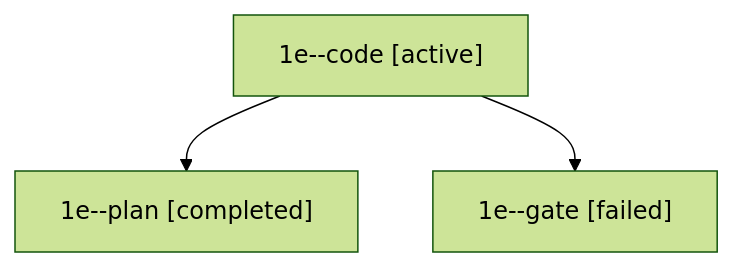
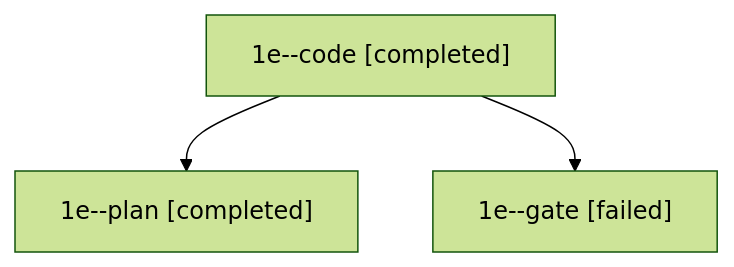
Before and after one commit to sase-org/sase--agents: the diagram in families/bbugyi200.apollo.1e.md, drawn with Mermaid (forest theme). The commit also changed other lines of this file and 47 other files, not shown here.

````diff
--- a/families/bbugyi200.apollo.1e.md
+++ b/families/bbugyi200.apollo.1e.md
@@ -9,8 +9,8 @@
 ```mermaid
 flowchart TD
-  n0["1e--code [active]"]
+  n0["1e--code [completed]"]
   n1["1e--plan [completed]"]
   n0 --> n1
   n2["1e--gate [failed]"]
   n0 --> n2
 ```
````
